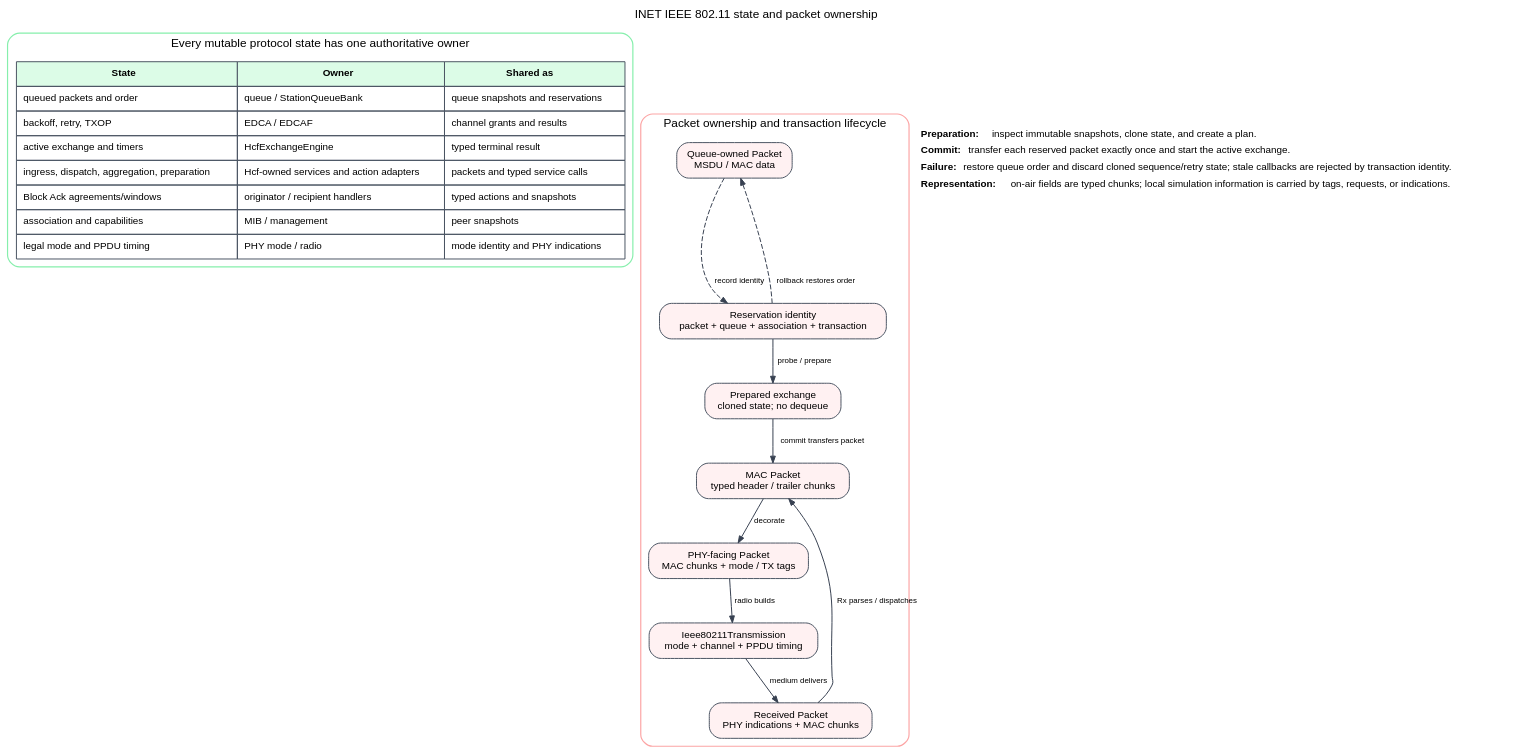
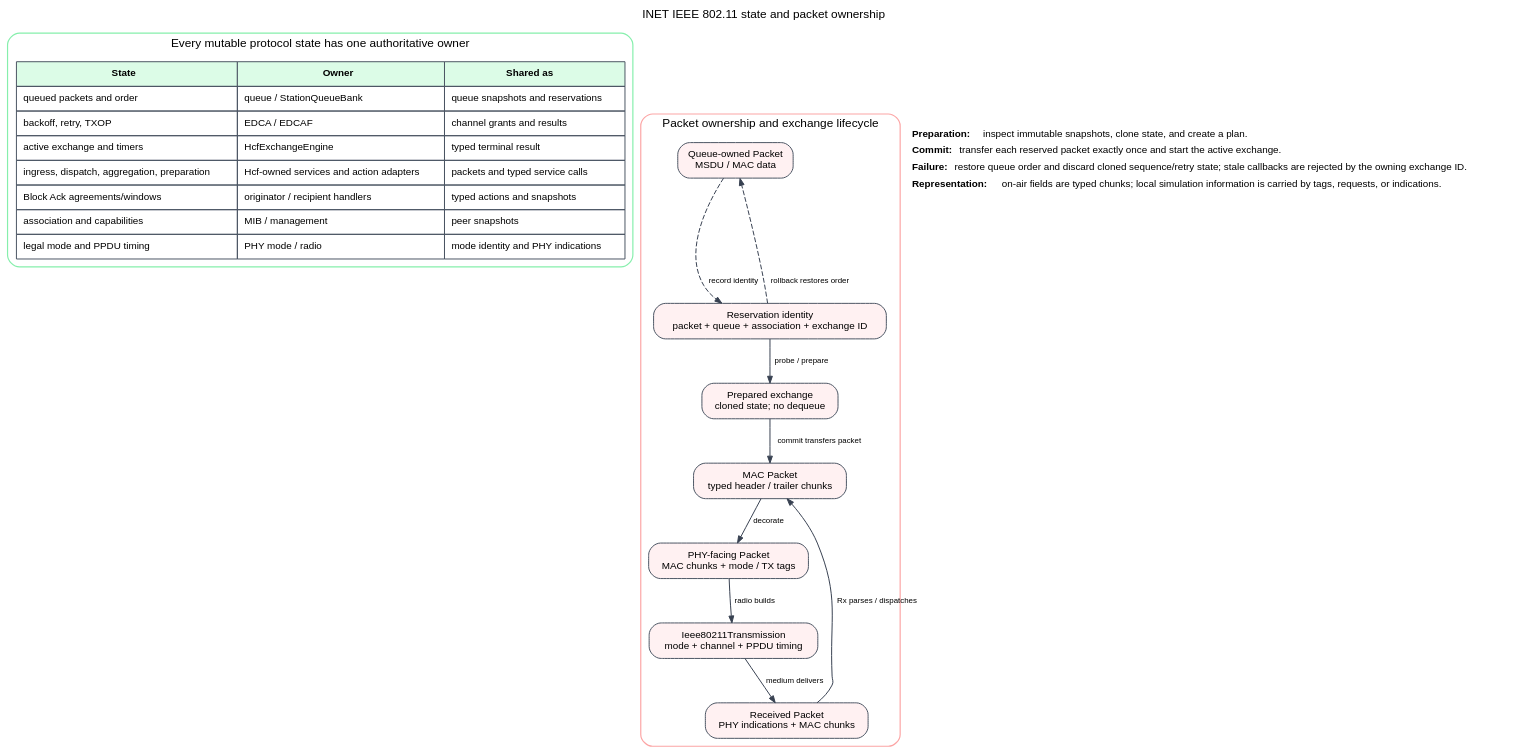
One commit to mgonzalezlopezudc/inet changed the diagram in doc/src/developers-guide/figures/ieee80211_ownership.dot. Above: the diagram before and after it, drawn with Graphviz. The commit also changed 47 other files, not shown here.

```diff
--- a/doc/src/developers-guide/figures/ieee80211_ownership.dot
+++ b/doc/src/developers-guide/figures/ieee80211_ownership.dot
@@ -1,54 +1,54 @@
 digraph ieee80211_ownership {
     graph [rankdir=TB, bgcolor="transparent", pad="0.12", nodesep="0.25",
         ranksep="0.48", fontname="Helvetica", fontsize=12,
         label="INET IEEE 802.11 state and packet ownership", labelloc=t]
     node [shape=box, style="rounded,filled", fillcolor="white", color="#4b5563",
         fontname="Helvetica", fontsize=10, margin="0.10,0.06"]
     edge [fontname="Helvetica", fontsize=8, color="#374151", arrowsize=0.7]
 
     subgraph cluster_state {
         label="Every mutable protocol state has one authoritative owner"
         color="#86efac"; style="rounded"; penwidth=1.2
         ownership [shape=plain, label=<
             <TABLE BORDER="0" CELLBORDER="1" CELLSPACING="0" CELLPADDING="6">
                 <TR><TD BGCOLOR="#dcfce7"><B>State</B></TD><TD BGCOLOR="#dcfce7"><B>Owner</B></TD><TD BGCOLOR="#dcfce7"><B>Shared as</B></TD></TR>
                 <TR><TD ALIGN="LEFT">queued packets and order</TD><TD ALIGN="LEFT">queue / StationQueueBank</TD><TD ALIGN="LEFT">queue snapshots and reservations</TD></TR>
                 <TR><TD ALIGN="LEFT">backoff, retry, TXOP</TD><TD ALIGN="LEFT">EDCA / EDCAF</TD><TD ALIGN="LEFT">channel grants and results</TD></TR>
                 <TR><TD ALIGN="LEFT">active exchange and timers</TD><TD ALIGN="LEFT">HcfExchangeEngine</TD><TD ALIGN="LEFT">typed terminal result</TD></TR>
                 <TR><TD ALIGN="LEFT">ingress, dispatch, aggregation, preparation</TD><TD ALIGN="LEFT">Hcf-owned services and action adapters</TD><TD ALIGN="LEFT">packets and typed service calls</TD></TR>
                 <TR><TD ALIGN="LEFT">Block Ack agreements/windows</TD><TD ALIGN="LEFT">originator / recipient handlers</TD><TD ALIGN="LEFT">typed actions and snapshots</TD></TR>
                 <TR><TD ALIGN="LEFT">association and capabilities</TD><TD ALIGN="LEFT">MIB / management</TD><TD ALIGN="LEFT">peer snapshots</TD></TR>
                 <TR><TD ALIGN="LEFT">legal mode and PPDU timing</TD><TD ALIGN="LEFT">PHY mode / radio</TD><TD ALIGN="LEFT">mode identity and PHY indications</TD></TR>
             </TABLE>>]
     }
 
     subgraph cluster_packets {
-        label="Packet ownership and transaction lifecycle"
+        label="Packet ownership and exchange lifecycle"
         color="#fca5a5"; style="rounded"; penwidth=1.2
 
         queued [label="Queue-owned Packet\nMSDU / MAC data", fillcolor="#fff1f2"]
-        identity [label="Reservation identity\npacket + queue + association + transaction", fillcolor="#fff1f2"]
+        identity [label="Reservation identity\npacket + queue + association + exchange ID", fillcolor="#fff1f2"]
         prepared [label="Prepared exchange\ncloned state; no dequeue", fillcolor="#fff1f2"]
         frame [label="MAC Packet\ntyped header / trailer chunks", fillcolor="#fff1f2"]
         phyframe [label="PHY-facing Packet\nMAC chunks + mode / TX tags", fillcolor="#fff1f2"]
         transmitted [label="Ieee80211Transmission\nmode + channel + PPDU timing", fillcolor="#fff1f2"]
         received [label="Received Packet\nPHY indications + MAC chunks", fillcolor="#fff1f2"]
 
         queued -> identity [style=dashed, label="record identity"]
         identity -> prepared [label="probe / prepare"]
         prepared -> frame [label="commit transfers packet"]
         frame -> phyframe [label="decorate"]
         phyframe -> transmitted [label="radio builds"]
         transmitted -> received [label="medium delivers"]
         received -> frame [label="Rx parses / dispatches"]
         identity -> queued [style=dashed, label="rollback restores order"]
     }
 
     notes [shape=plain, label=<
         <TABLE BORDER="0" CELLBORDER="0" CELLSPACING="2">
             <TR><TD ALIGN="LEFT"><B>Preparation:</B> inspect immutable snapshots, clone state, and create a plan.</TD></TR>
             <TR><TD ALIGN="LEFT"><B>Commit:</B> transfer each reserved packet exactly once and start the active exchange.</TD></TR>
-            <TR><TD ALIGN="LEFT"><B>Failure:</B> restore queue order and discard cloned sequence/retry state; stale callbacks are rejected by transaction identity.</TD></TR>
+            <TR><TD ALIGN="LEFT"><B>Failure:</B> restore queue order and discard cloned sequence/retry state; stale callbacks are rejected by the owning exchange ID.</TD></TR>
             <TR><TD ALIGN="LEFT"><B>Representation:</B> on-air fields are typed chunks; local simulation information is carried by tags, requests, or indications.</TD></TR>
         </TABLE>>]
 }
```
